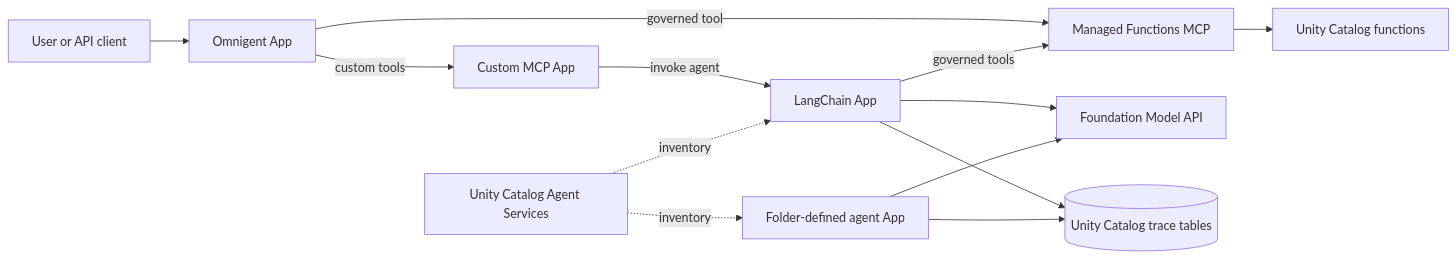
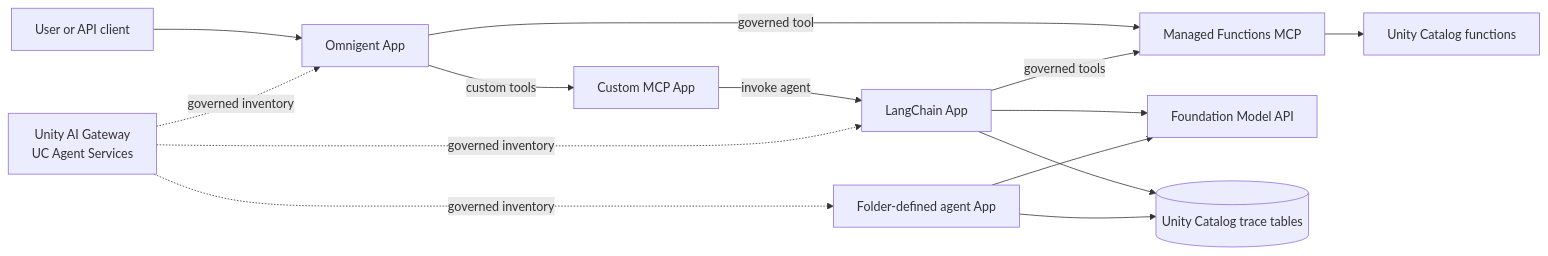
Before and after one commit to zacdav-db/databricks-agent-cicd-sandpit: the diagram in docs/architecture/runtime-example.md, drawn with Mermaid. The commit also changed other lines of this file and 11 other files, not shown here.

Commit message:
feat: require gateway registration for agent apps

````diff
--- a/docs/architecture/runtime-example.md
+++ b/docs/architecture/runtime-example.md
@@ -14,26 +14,27 @@
 ```mermaid
 flowchart LR
     User["User or API client"]
     Omni["Omnigent App"]
     MCP["Custom MCP App"]
     Agent["LangChain App"]
     Generated["Folder-defined agent App"]
     Managed["Managed Functions MCP"]
     Functions["Unity Catalog functions"]
     Model["Foundation Model API"]
-    Services["Unity Catalog Agent Services"]
+    Gateway["Unity AI Gateway<br/>UC Agent Services"]
     Traces[("Unity Catalog trace tables")]
 
     User --> Omni
     Omni -->|"custom tools"| MCP
     MCP -->|"invoke agent"| Agent
     Omni -->|"governed tool"| Managed
     Agent -->|"governed tools"| Managed
     Managed --> Functions
     Agent --> Model
     Generated --> Model
     Agent --> Traces
     Generated --> Traces
-    Services -. "inventory" .-> Agent
-    Services -. "inventory" .-> Generated
+    Gateway -. "governed inventory" .-> Agent
+    Gateway -. "governed inventory" .-> Generated
+    Gateway -. "governed inventory" .-> Omni
 ```
````
